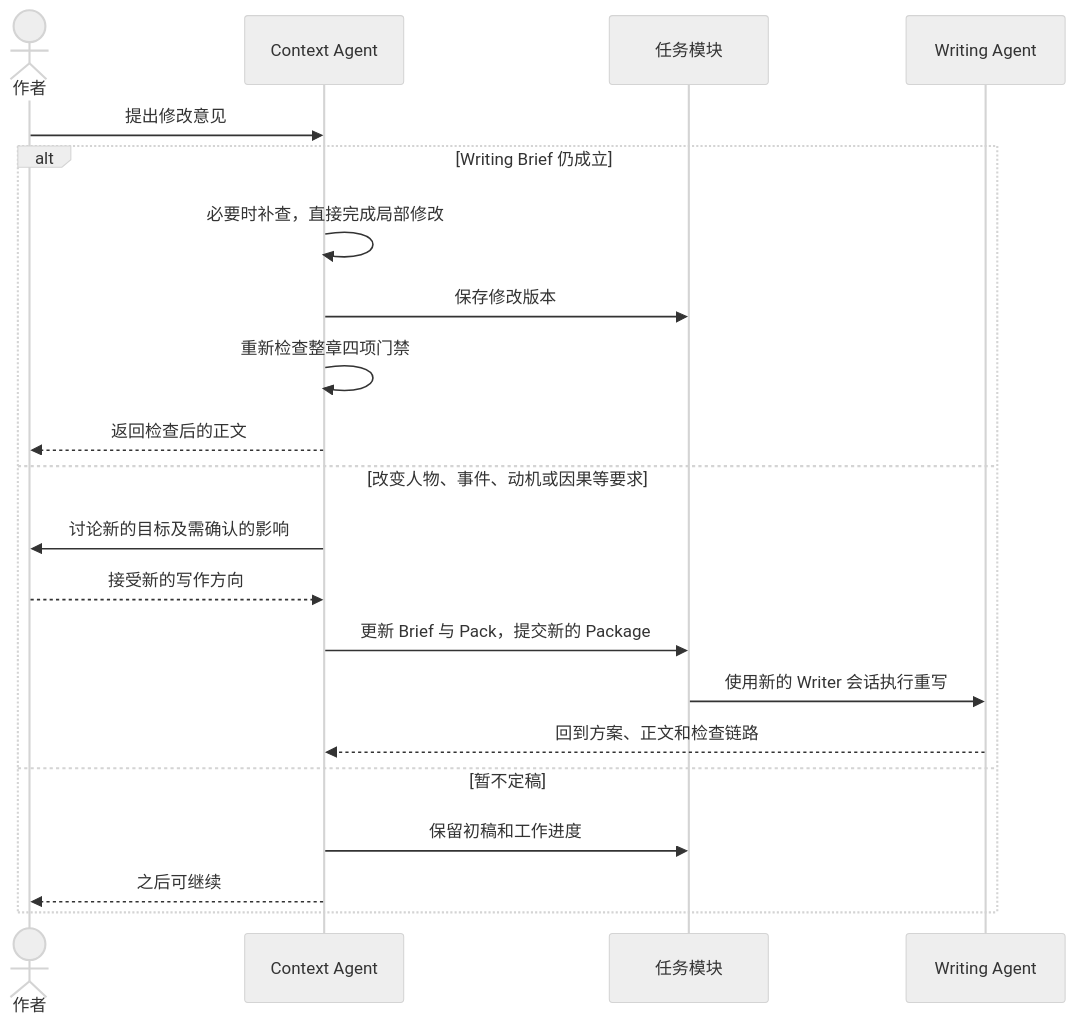
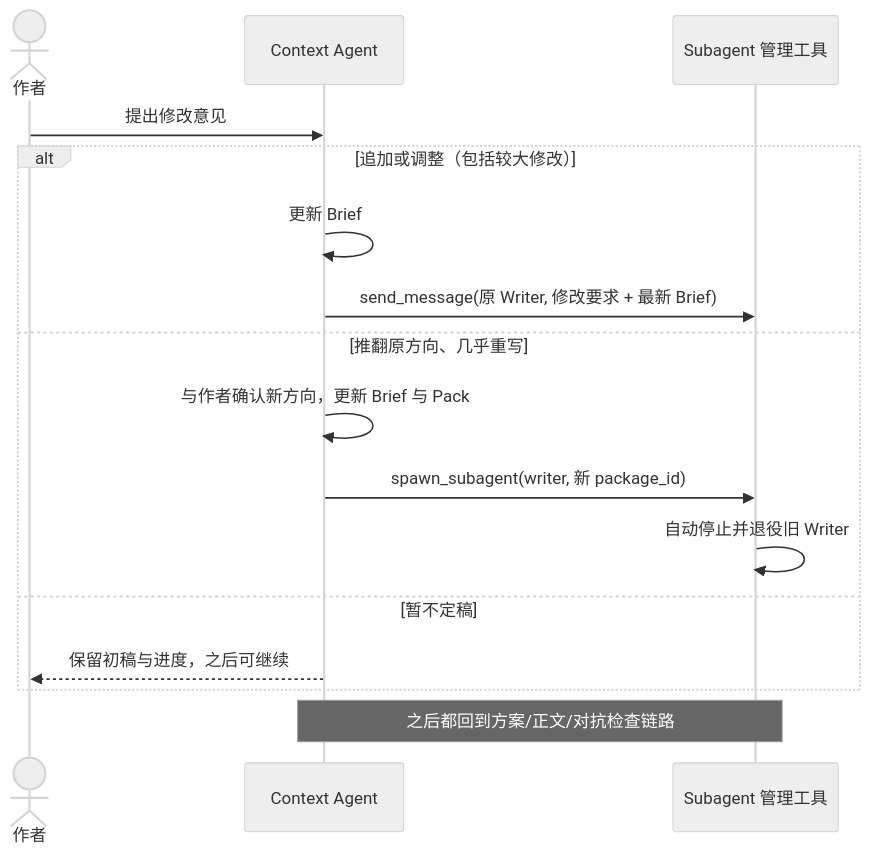
Before and after one commit to wdnmdtonyma/Noya: the fourth of 6 diagrams in docs/design/mvp-flow-and-architecture.md, drawn with Mermaid (neutral theme). The commit also changed other lines of this file and 5 other files, not shown here.

First line of the commit message:
docs: adopt Pi coding-agent with Skills and subagents for MVP architecture

````diff
--- a/docs/design/mvp-flow-and-architecture.md
+++ b/docs/design/mvp-flow-and-architecture.md
@@ -135,24 +168,19 @@
 ```mermaid
 sequenceDiagram
     actor Author as 作者
     participant Context as Context Agent
-    participant Tasks as 任务模块
-    participant Writer as Writing Agent
+    participant Subs as Subagent 管理工具
 
     Author->>Context: 提出修改意见
-    alt Writing Brief 仍成立
-        Context->>Context: 必要时补查，直接完成局部修改
-        Context->>Tasks: 保存修改版本
-        Context->>Context: 重新检查整章四项门禁
-        Context-->>Author: 返回检查后的正文
-    else 改变人物、事件、动机或因果等要求
-        Context->>Author: 讨论新的目标及需确认的影响
-        Author-->>Context: 接受新的写作方向
-        Context->>Tasks: 更新 Brief 与 Pack，提交新的 Package
-        Tasks->>Writer: 使用新的 Writer 会话执行重写
-        Writer-->>Context: 回到方案、正文和检查链路
+    alt 追加或调整（包括较大修改）
+        Context->>Context: 更新 Brief
+        Context->>Subs: send_message(原 Writer, 修改要求 + 最新 Brief)
+    else 推翻原方向、几乎重写
+        Context->>Context: 与作者确认新方向，更新 Brief 与 Pack
+        Context->>Subs: spawn_subagent(writer, 新 package_id)
+        Subs->>Subs: 自动停止并退役旧 Writer
     else 暂不定稿
-        Context->>Tasks: 保留初稿和工作进度
-        Context-->>Author: 之后可继续
+        Context-->>Author: 保留初稿与进度，之后可继续
     end
+    Note over Context,Subs: 之后都回到方案/正文/对抗检查链路
 ```
````
